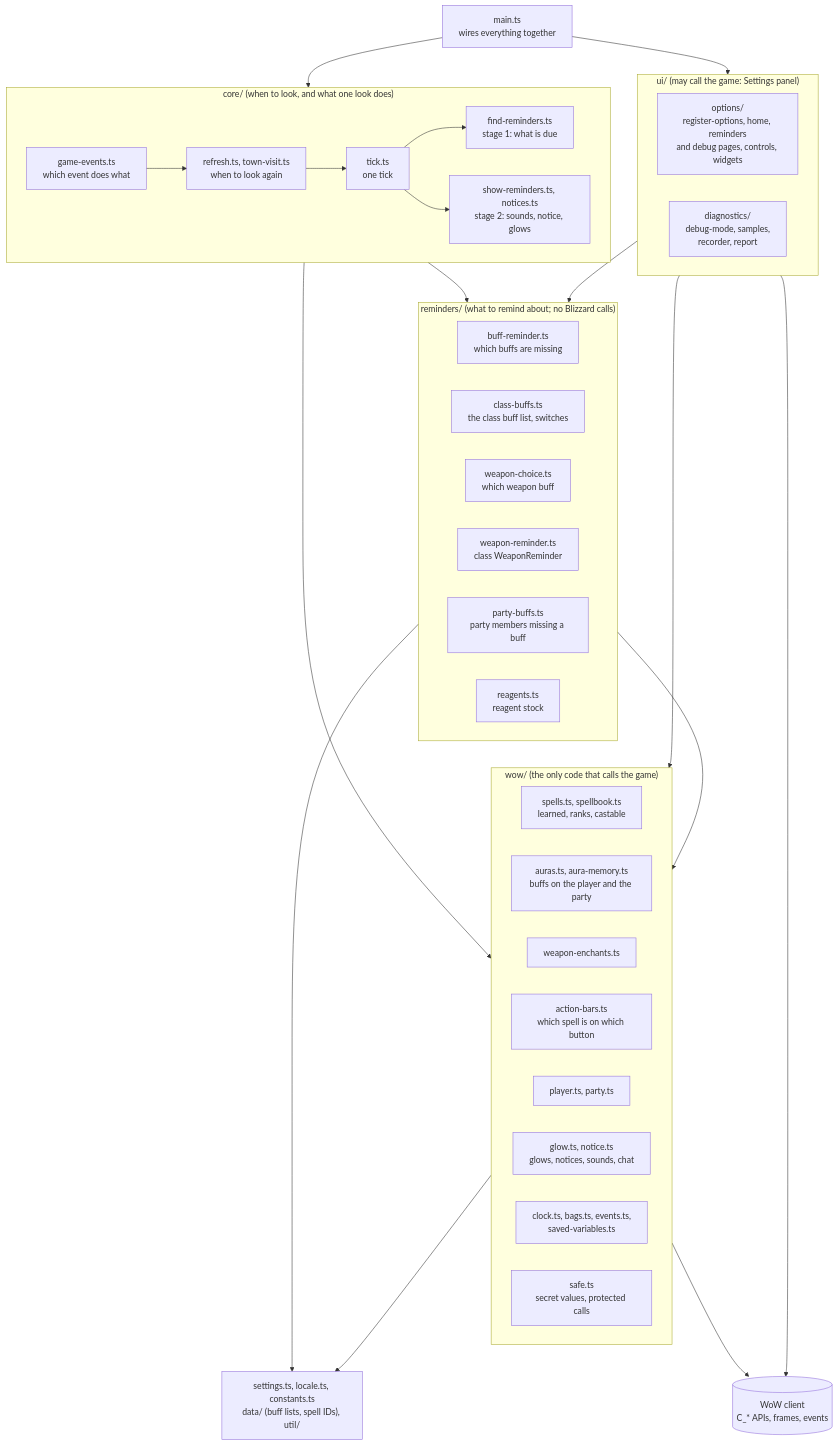
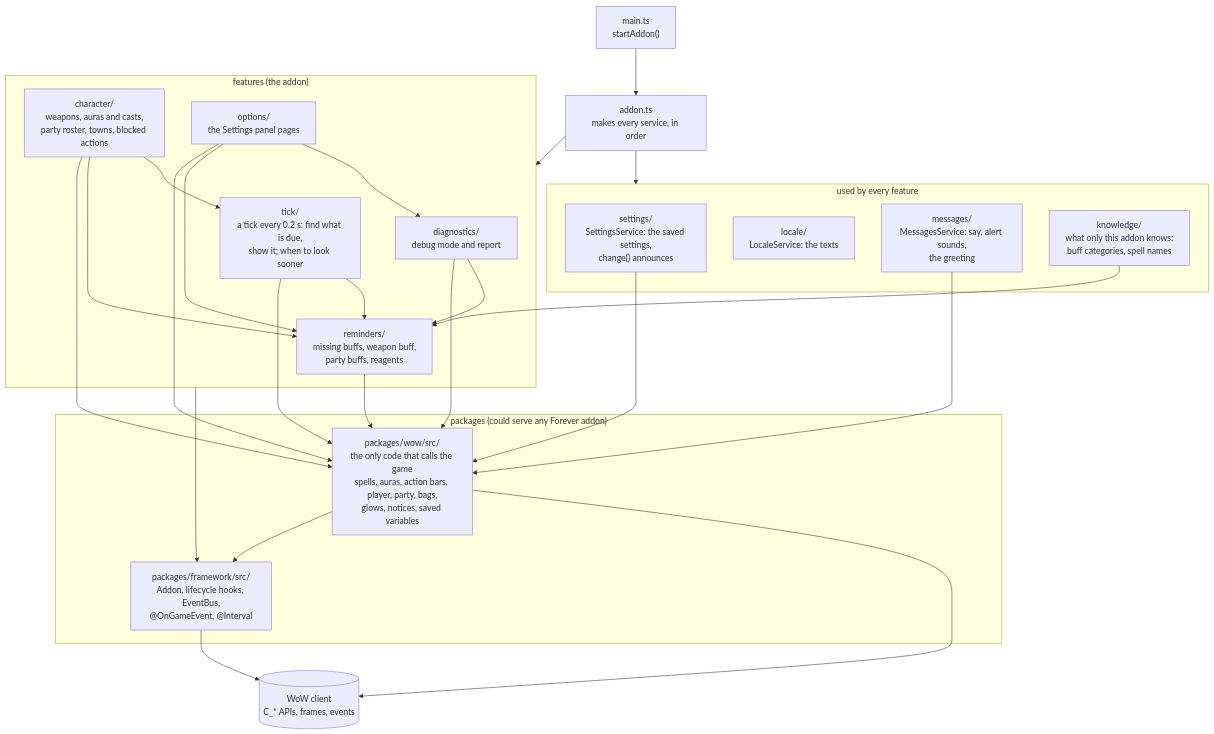
The second of 5 diagrams in docs/architecture.md (vattiss/wowkit), drawn with Mermaid before and after one commit. The commit also changed other lines of this file and 267 other files, not shown here.

````diff
--- a/docs/architecture.md
+++ b/docs/architecture.md
@@ -57,55 +71,47 @@
 ```mermaid
 flowchart TB
-    main["main.ts<br/>wires everything together"]
+    main["main.ts<br/>startAddon()"] --> wiring["addon.ts<br/>makes every service, in order"]
 
-    subgraph core["core/ (when to look, and what one look does)"]
-        gameEvents["game-events.ts<br/>which event does what"]
-        refresh["refresh.ts, town-visit.ts<br/>when to look again"]
-        tick["tick.ts<br/>one tick"]
-        find["find-reminders.ts<br/>stage 1: what is due"]
-        show["show-reminders.ts, notices.ts<br/>stage 2: sounds, notice, glows"]
-        gameEvents --> refresh --> tick
-        tick --> find
-        tick --> show
+    subgraph global["used by every feature"]
+        settings["settings/<br/>SettingsService: the saved settings,<br/>change() announces"]
+        locale["locale/<br/>LocaleService: the texts"]
+        messages["messages/<br/>MessagesService: say, alert sounds,<br/>the greeting"]
+        knowledge["knowledge/<br/>what only this addon knows:<br/>buff categories, spell names"]
     end
 
-    subgraph ui["ui/ (may call the game: Settings panel)"]
-        optionsPage["options/<br/>register-options, home, reminders<br/>and debug pages, controls, widgets"]
-        diagnostics["diagnostics/<br/>debug-mode, samples,<br/>recorder, report"]
+    subgraph features["features (the addon)"]
+        tick["tick/<br/>a tick every 0.2 s: find what is due,<br/>show it; when to look sooner"]
+        character["character/<br/>weapons, auras and casts,<br/>party roster, towns, blocked actions"]
+        options["options/<br/>the Settings panel pages"]
+        diagnostics["diagnostics/<br/>debug mode and report"]
+        reminders["reminders/<br/>missing buffs, weapon buff,<br/>party buffs, reagents"]
     end
 
-    subgraph reminders["reminders/ (what to remind about; no Blizzard calls)"]
-        buffReminder["buff-reminder.ts<br/>which buffs are missing"]
-        classBuffs["class-buffs.ts<br/>the class buff list, switches"]
-        weaponChoice["weapon-choice.ts<br/>which weapon buff"]
-        weaponReminder["weapon-reminder.ts<br/>class WeaponReminder"]
-        partyBuffs["party-buffs.ts<br/>party members missing a buff"]
-        reagents["reagents.ts<br/>reagent stock"]
+    subgraph toolkit["packages (could serve any Forever addon)"]
+        wow["packages/wow/src/<br/>the only code that calls the game<br/>spells, auras, action bars, player, party, bags,<br/>glows, notices, saved variables"]
+        framework["packages/framework/src/<br/>Addon, lifecycle hooks, EventBus,<br/>@OnGameEvent, @Interval"]
     end
 
-    subgraph wow["wow/ (the only code that calls the game)"]
-        spells["spells.ts, spellbook.ts<br/>learned, ranks, castable"]
-        auras["auras.ts, aura-memory.ts<br/>buffs on the player and the party"]
-        weaponEnchants["weapon-enchants.ts"]
-        actionBars["action-bars.ts<br/>which spell is on which button"]
-        player["player.ts, party.ts"]
-        screen["glow.ts, notice.ts<br/>glows, notices, sounds, chat"]
-        misc["clock.ts, bags.ts, events.ts,<br/>saved-variables.ts"]
-        safe["safe.ts<br/>secret values, protected calls"]
-    end
-
-    shared["settings.ts, locale.ts, constants.ts<br/>data/ (buff lists, spell IDs), util/"]
     game[("WoW client<br/>C_* APIs, frames, events")]
 
-    main --> core
-    main --> ui
-    core --> reminders
-    core --> wow
-    ui --> reminders
-    ui --> wow
+    wiring --> global
+    wiring --> features
+    tick --> reminders
+    tick --> wow
+    character --> tick
+    character --> reminders
+    character --> wow
+    options --> diagnostics
+    options --> reminders
+    options --> wow
+    diagnostics --> reminders
+    diagnostics --> wow
+    knowledge --> reminders
     reminders --> wow
-    reminders --> shared
-    wow --> shared
+    settings --> wow
+    messages --> wow
     wow --> game
-    ui --> game
+    wow --> framework
+    framework --> game
+    features --> framework
 ```
````
